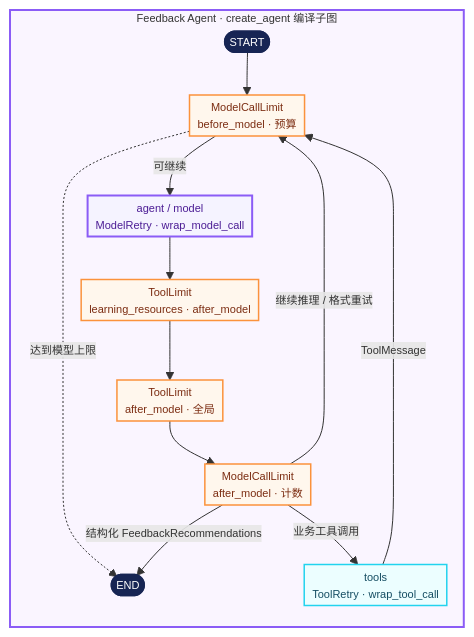
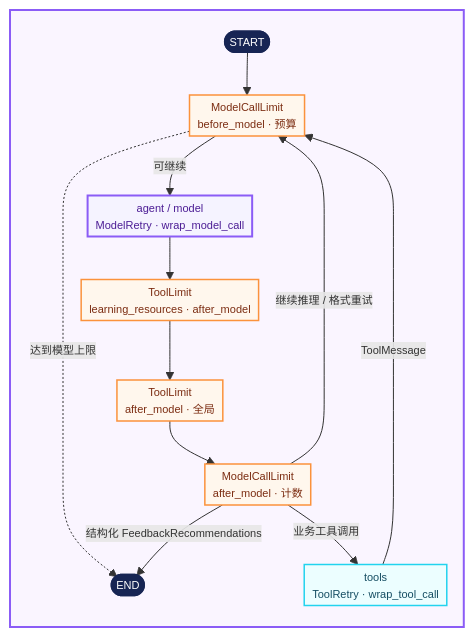
The third of 4 diagrams in README.md (Lucky-LMC/AI-Interview), drawn with Mermaid before and after one commit. The commit also changed other lines of this file, not shown here.

Commit message:
docs: refine workflow diagrams

````diff
--- a/README.md
+++ b/README.md
@@ -98,29 +98,29 @@
 ```mermaid
 %%{init: {"flowchart": {"nodeSpacing": 14, "rankSpacing": 18, "padding": 4}, "themeVariables": {"fontSize": "11px"}}}%%
 flowchart TB
-    subgraph feedback_graph["Feedback Agent · create_agent 编译子图"]
+    subgraph feedback_graph[" "]
         direction TB
         start_f([START]) --> before_f["ModelCallLimit<br/>before_model · 预算"]
         before_f -- 可继续 --> agent_f["agent / model<br/>ModelRetry · wrap_model_call"]
         before_f -. 达到模型上限 .-> end_f([END])
         agent_f --> tool_f["ToolLimit<br/>learning_resources · after_model"]
         tool_f --> global_f["ToolLimit<br/>after_model · 全局"]
         global_f --> after_f["ModelCallLimit<br/>after_model · 计数"]
         after_f -- 业务工具调用 --> tools_f["tools<br/>ToolRetry · wrap_tool_call"]
         tools_f -- ToolMessage --> before_f
         after_f -- 结构化 FeedbackRecommendations --> end_f([END])
         after_f -- 继续推理 / 格式重试 --> before_f
     end
 
     classDef terminal fill:#172554,color:#ffffff,stroke:#172554,stroke-width:2px;
     classDef middleware fill:#fff7ed,color:#7c2d12,stroke:#fb923c,stroke-width:1.5px;
     classDef agentCore fill:#f5f3ff,color:#4c1d95,stroke:#8b5cf6,stroke-width:2px;
     classDef tool fill:#ecfeff,color:#164e63,stroke:#22d3ee,stroke-width:1.5px;
 
     class start_f,end_f terminal;
     class before_f,tool_f,global_f,after_f middleware;
     class agent_f agentCore;
     class tools_f tool;
 
     style feedback_graph fill:#faf5ff,stroke:#8b5cf6,stroke-width:2px;
 ```
````
